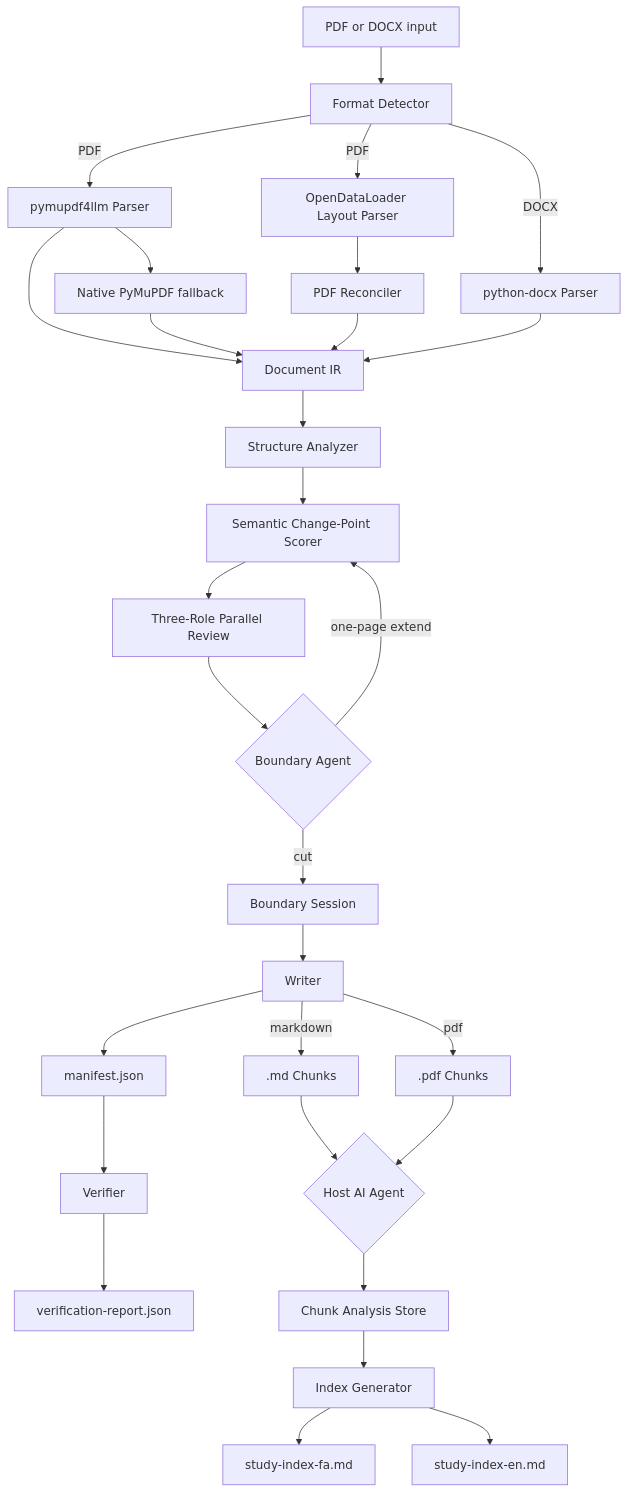
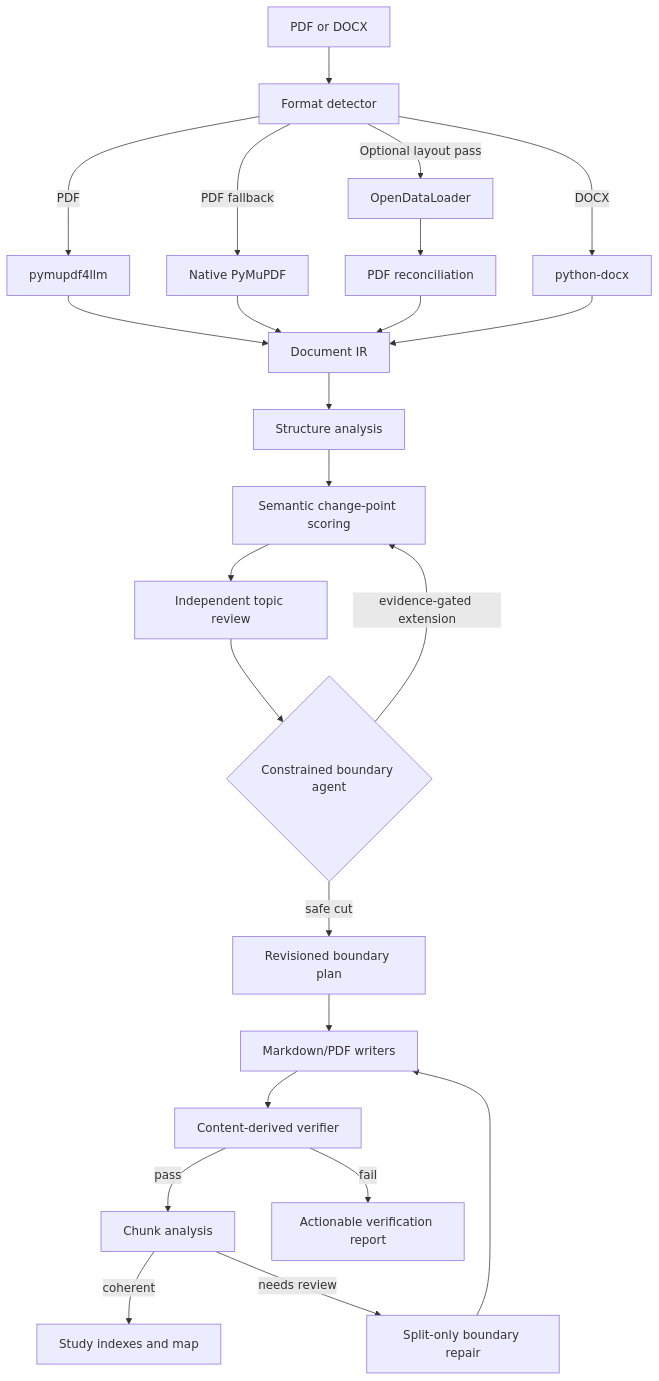
One commit to alifazelidehkordi/VeriChunk changed the diagram in README.md. Above: the diagram before and after it, drawn with Mermaid. The commit also changed other lines of this file, not shown here.

Commit message:
docs: rebrand project as VeriChunk and rewrite README

````diff
--- a/README.md
+++ b/README.md
@@ -63,37 +286,30 @@
 ```mermaid
 flowchart TD
-    A[PDF or DOCX input] --> B[Format Detector]
+    A[PDF or DOCX] --> B[Format detector]
 
-    B -->|PDF| C[pymupdf4llm Parser]
-    B -->|PDF| D[OpenDataLoader Layout Parser]
-    C --> C2[Native PyMuPDF fallback]
-    C --> E[Document IR]
-    C2 --> E
-    D --> F[PDF Reconciler]
-    F --> E
+    B -->|PDF| C[pymupdf4llm]
+    B -->|PDF fallback| D[Native PyMuPDF]
+    B -->|Optional layout pass| E[OpenDataLoader]
+    B -->|DOCX| F[python-docx]
 
-    B -->|DOCX| G[python-docx Parser]
-    G --> E
+    C --> G[Document IR]
+    D --> G
+    E --> H[PDF reconciliation]
+    H --> G
+    F --> G
 
-    E --> H[Structure Analyzer]
-    H --> I[Semantic Change-Point Scorer]
-    I --> J[Three-Role Parallel Review]
-    J --> K{Boundary Agent}
-    K -->|cut| L0[Boundary Session]
-    K -->|one-page extend| I
+    G --> I[Structure analysis]
+    I --> J[Semantic change-point scoring]
+    J --> K[Independent topic review]
+    K --> L{Constrained boundary agent}
+    L -->|safe cut| M[Revisioned boundary plan]
+    L -->|evidence-gated extension| J
 
-    L0 --> L[Writer]
-    L -->|markdown| M[.md Chunks]
-    L -->|pdf| N[.pdf Chunks]
-    L --> O[manifest.json]
-
-    O --> P[Verifier]
-    P --> Q[verification-report.json]
-
-    M --> R{Host AI Agent}
-    N --> R
-    R --> S[Chunk Analysis Store]
-    S --> T[Index Generator]
-    T --> U[study-index-fa.md]
-    T --> V[study-index-en.md]
+    M --> N[Markdown/PDF writers]
+    N --> O[Content-derived verifier]
+    O -->|pass| P[Chunk analysis]
+    O -->|fail| Q[Actionable verification report]
+    P -->|coherent| R[Study indexes and map]
+    P -->|needs review| S[Split-only boundary repair]
+    S --> N
 ```
````
